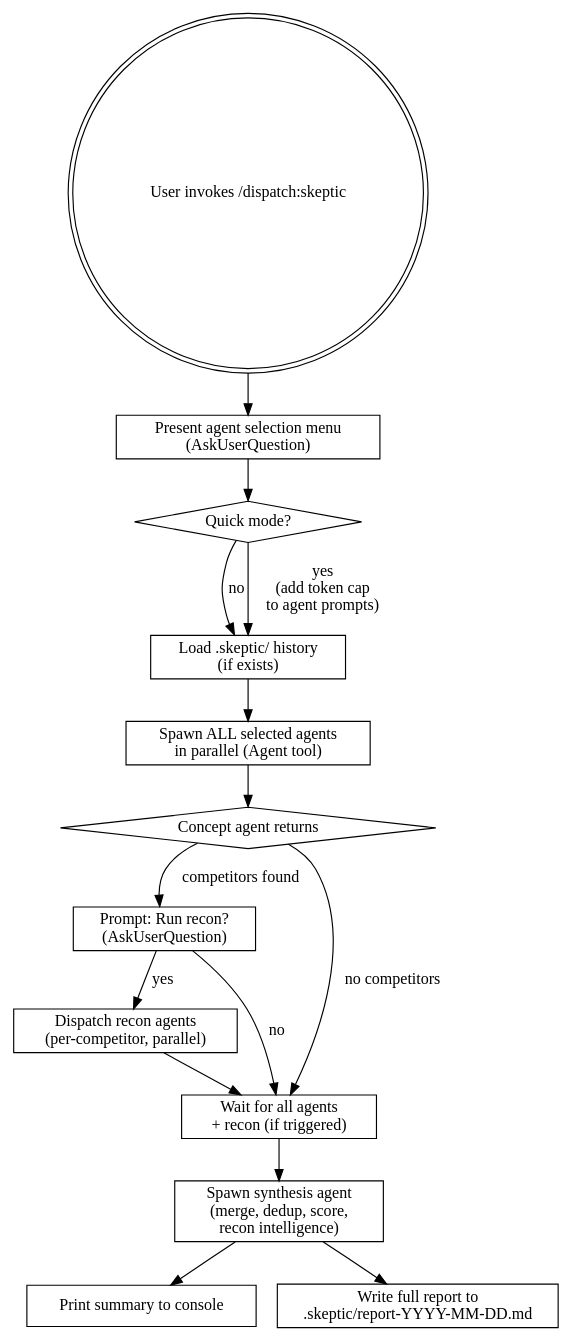
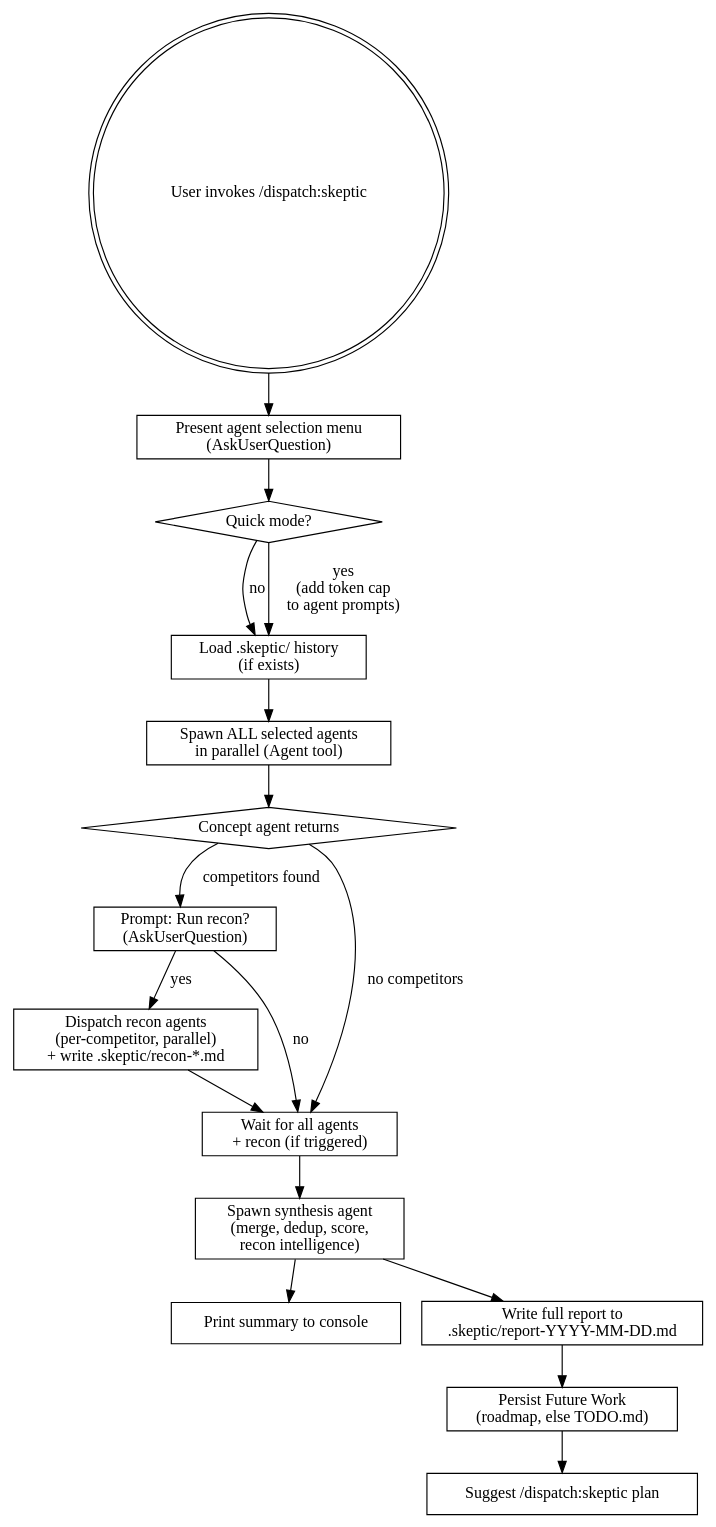
One commit to KwanwooLee36/dispatch changed the diagram in skills/skeptic/SKILL.md. Above: the diagram before and after it, drawn with Graphviz. The commit also changed other lines of this file and 9 other files, not shown here.

````diff
--- a/skills/skeptic/SKILL.md
+++ b/skills/skeptic/SKILL.md
@@ -44,34 +44,38 @@
 ```dot
 digraph skeptic_flow {
     rankdir=TB;
     node [shape=box];
 
     start [label="User invokes /dispatch:skeptic" shape=doublecircle];
     menu [label="Present agent selection menu\n(AskUserQuestion)"];
     quick_check [label="Quick mode?" shape=diamond];
     history [label="Load .skeptic/ history\n(if exists)"];
     dispatch [label="Spawn ALL selected agents\nin parallel (Agent tool)"];
     concept_returns [label="Concept agent returns" shape=diamond];
     recon_prompt [label="Prompt: Run recon?\n(AskUserQuestion)"];
-    recon_yes [label="Dispatch recon agents\n(per-competitor, parallel)"];
+    recon_yes [label="Dispatch recon agents\n(per-competitor, parallel)\n+ write .skeptic/recon-*.md"];
     wait_all [label="Wait for all agents\n+ recon (if triggered)"];
     synthesis [label="Spawn synthesis agent\n(merge, dedup, score,\nrecon intelligence)"];
     console [label="Print summary to console"];
     file [label="Write full report to\n.skeptic/report-YYYY-MM-DD.md"];
+    persist [label="Persist Future Work\n(roadmap, else TODO.md)"];
+    suggest [label="Suggest /dispatch:skeptic plan"];
 
     start -> menu;
     menu -> quick_check;
     quick_check -> history [label="no"];
     quick_check -> history [label="yes\n(add token cap\nto agent prompts)"];
     history -> dispatch;
     dispatch -> concept_returns;
     concept_returns -> recon_prompt [label="competitors found"];
     concept_returns -> wait_all [label="no competitors"];
     recon_prompt -> recon_yes [label="yes"];
     recon_prompt -> wait_all [label="no"];
     recon_yes -> wait_all;
     wait_all -> synthesis;
     synthesis -> console;
     synthesis -> file;
+    file -> persist;
+    persist -> suggest;
 }
 ```
````
